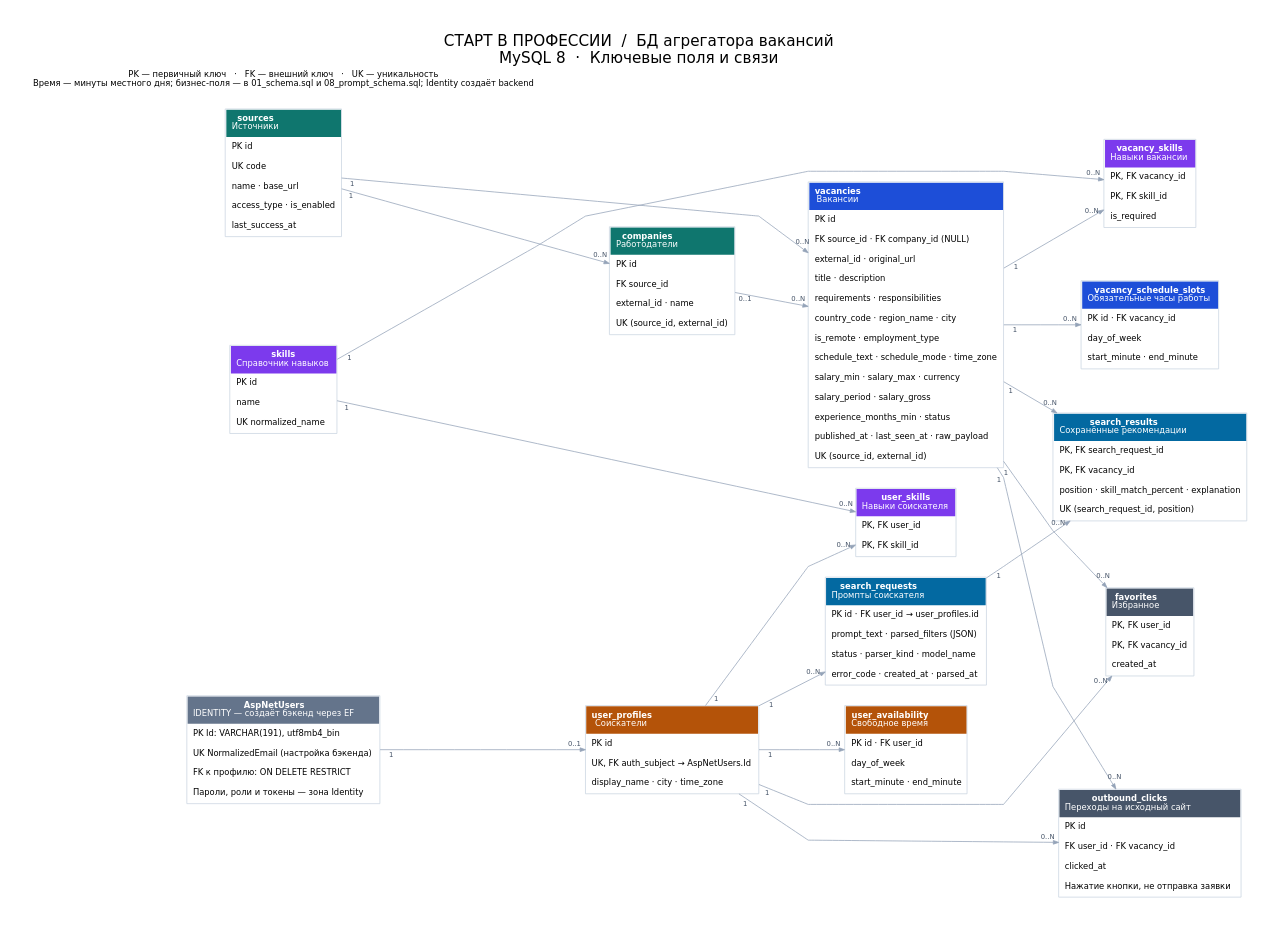
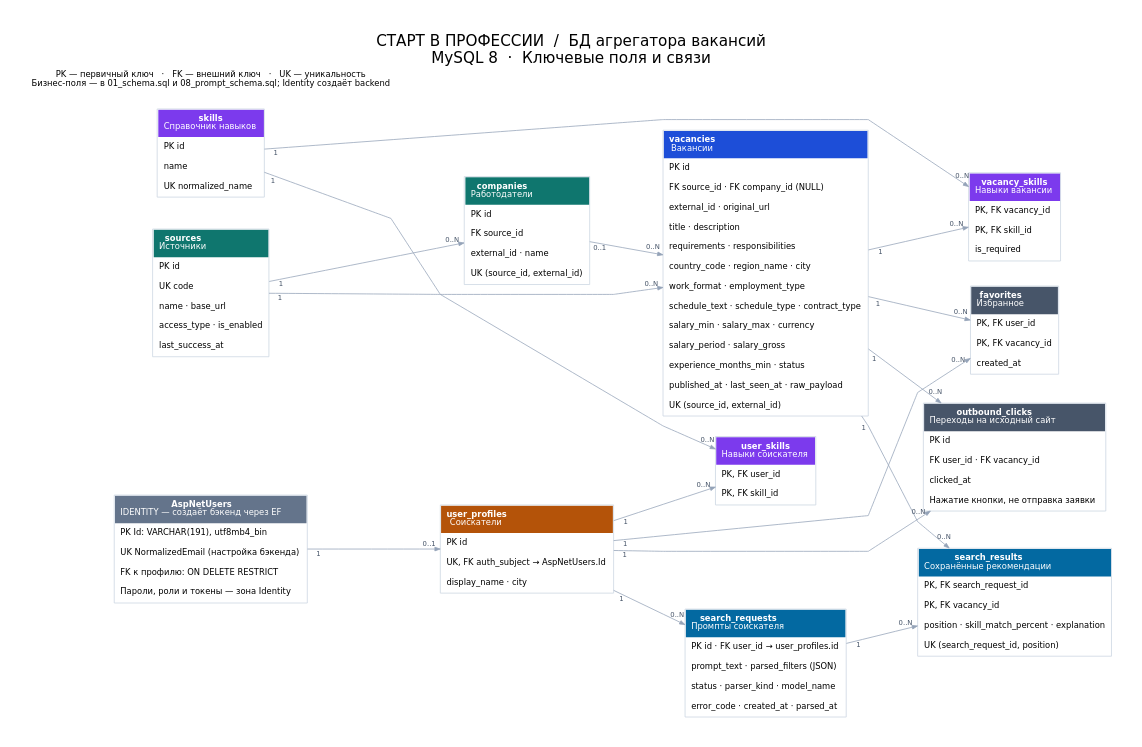
Before and after one commit to manhattanattack/hackaton-sql-scheme: the diagram in diagram.dot, drawn with Graphviz. The commit also changed 19 other files, not shown here.

```diff
--- a/diagram.dot
+++ b/diagram.dot
@@ -1,42 +1,38 @@
 digraph ER {
 graph [rankdir=LR, bgcolor="white", pad="0.45", nodesep="0.38", ranksep="0.9", splines=polyline,
 fontname="DejaVu Sans", fontsize=20, labelloc=t, label="СТАРТ В ПРОФЕССИИ  /  БД агрегатора вакансий\nMySQL 8  ·  Ключевые поля и связи"];
 node [shape=plain, fontname="DejaVu Sans", fontsize=11];
 edge [color="#94a3b8", arrowsize=0.7, fontname="DejaVu Sans", fontsize=9, fontcolor="#475569"];
 sources [label=<<TABLE BORDER="1" COLOR="#cbd5e1" CELLBORDER="0" CELLSPACING="0" CELLPADDING="7"><TR><TD BGCOLOR="#0f766e" ALIGN="LEFT"><FONT COLOR="white"><B>sources</B><BR/>Источники</FONT></TD></TR><TR><TD ALIGN="LEFT">PK id</TD></TR><TR><TD ALIGN="LEFT">UK code</TD></TR><TR><TD ALIGN="LEFT">name · base_url</TD></TR><TR><TD ALIGN="LEFT">access_type · is_enabled</TD></TR><TR><TD ALIGN="LEFT">last_success_at</TD></TR></TABLE>>];
 companies [label=<<TABLE BORDER="1" COLOR="#cbd5e1" CELLBORDER="0" CELLSPACING="0" CELLPADDING="7"><TR><TD BGCOLOR="#0f766e" ALIGN="LEFT"><FONT COLOR="white"><B>companies</B><BR/>Работодатели</FONT></TD></TR><TR><TD ALIGN="LEFT">PK id</TD></TR><TR><TD ALIGN="LEFT">FK source_id</TD></TR><TR><TD ALIGN="LEFT">external_id · name</TD></TR><TR><TD ALIGN="LEFT">UK (source_id, external_id)</TD></TR></TABLE>>];
-vacancies [label=<<TABLE BORDER="1" COLOR="#cbd5e1" CELLBORDER="0" CELLSPACING="0" CELLPADDING="7"><TR><TD BGCOLOR="#1d4ed8" ALIGN="LEFT"><FONT COLOR="white"><B>vacancies</B><BR/>Вакансии</FONT></TD></TR><TR><TD ALIGN="LEFT">PK id</TD></TR><TR><TD ALIGN="LEFT">FK source_id · FK company_id (NULL)</TD></TR><TR><TD ALIGN="LEFT">external_id · original_url</TD></TR><TR><TD ALIGN="LEFT">title · description</TD></TR><TR><TD ALIGN="LEFT">requirements · responsibilities</TD></TR><TR><TD ALIGN="LEFT">country_code · region_name · city</TD></TR><TR><TD ALIGN="LEFT">is_remote · employment_type</TD></TR><TR><TD ALIGN="LEFT">schedule_text · schedule_mode · time_zone</TD></TR><TR><TD ALIGN="LEFT">salary_min · salary_max · currency</TD></TR><TR><TD ALIGN="LEFT">salary_period · salary_gross</TD></TR><TR><TD ALIGN="LEFT">experience_months_min · status</TD></TR><TR><TD ALIGN="LEFT">published_at · last_seen_at · raw_payload</TD></TR><TR><TD ALIGN="LEFT">UK (source_id, external_id)</TD></TR></TABLE>>];
-vacancy_schedule_slots [label=<<TABLE BORDER="1" COLOR="#cbd5e1" CELLBORDER="0" CELLSPACING="0" CELLPADDING="7"><TR><TD BGCOLOR="#1d4ed8" ALIGN="LEFT"><FONT COLOR="white"><B>vacancy_schedule_slots</B><BR/>Обязательные часы работы</FONT></TD></TR><TR><TD ALIGN="LEFT">PK id · FK vacancy_id</TD></TR><TR><TD ALIGN="LEFT">day_of_week</TD></TR><TR><TD ALIGN="LEFT">start_minute · end_minute</TD></TR></TABLE>>];
+vacancies [label=<<TABLE BORDER="1" COLOR="#cbd5e1" CELLBORDER="0" CELLSPACING="0" CELLPADDING="7"><TR><TD BGCOLOR="#1d4ed8" ALIGN="LEFT"><FONT COLOR="white"><B>vacancies</B><BR/>Вакансии</FONT></TD></TR><TR><TD ALIGN="LEFT">PK id</TD></TR><TR><TD ALIGN="LEFT">FK source_id · FK company_id (NULL)</TD></TR><TR><TD ALIGN="LEFT">external_id · original_url</TD></TR><TR><TD ALIGN="LEFT">title · description</TD></TR><TR><TD ALIGN="LEFT">requirements · responsibilities</TD></TR><TR><TD ALIGN="LEFT">country_code · region_name · city</TD></TR><TR><TD ALIGN="LEFT">work_format · employment_type</TD></TR><TR><TD ALIGN="LEFT">schedule_text · schedule_type · contract_type</TD></TR><TR><TD ALIGN="LEFT">salary_min · salary_max · currency</TD></TR><TR><TD ALIGN="LEFT">salary_period · salary_gross</TD></TR><TR><TD ALIGN="LEFT">experience_months_min · status</TD></TR><TR><TD ALIGN="LEFT">published_at · last_seen_at · raw_payload</TD></TR><TR><TD ALIGN="LEFT">UK (source_id, external_id)</TD></TR></TABLE>>];
 vacancy_skills [label=<<TABLE BORDER="1" COLOR="#cbd5e1" CELLBORDER="0" CELLSPACING="0" CELLPADDING="7"><TR><TD BGCOLOR="#7c3aed" ALIGN="LEFT"><FONT COLOR="white"><B>vacancy_skills</B><BR/>Навыки вакансии</FONT></TD></TR><TR><TD ALIGN="LEFT">PK, FK vacancy_id</TD></TR><TR><TD ALIGN="LEFT">PK, FK skill_id</TD></TR><TR><TD ALIGN="LEFT">is_required</TD></TR></TABLE>>];
 skills [label=<<TABLE BORDER="1" COLOR="#cbd5e1" CELLBORDER="0" CELLSPACING="0" CELLPADDING="7"><TR><TD BGCOLOR="#7c3aed" ALIGN="LEFT"><FONT COLOR="white"><B>skills</B><BR/>Справочник навыков</FONT></TD></TR><TR><TD ALIGN="LEFT">PK id</TD></TR><TR><TD ALIGN="LEFT">name</TD></TR><TR><TD ALIGN="LEFT">UK normalized_name</TD></TR></TABLE>>];
 user_skills [label=<<TABLE BORDER="1" COLOR="#cbd5e1" CELLBORDER="0" CELLSPACING="0" CELLPADDING="7"><TR><TD BGCOLOR="#7c3aed" ALIGN="LEFT"><FONT COLOR="white"><B>user_skills</B><BR/>Навыки соискателя</FONT></TD></TR><TR><TD ALIGN="LEFT">PK, FK user_id</TD></TR><TR><TD ALIGN="LEFT">PK, FK skill_id</TD></TR></TABLE>>];
-user_profiles [label=<<TABLE BORDER="1" COLOR="#cbd5e1" CELLBORDER="0" CELLSPACING="0" CELLPADDING="7"><TR><TD BGCOLOR="#b45309" ALIGN="LEFT"><FONT COLOR="white"><B>user_profiles</B><BR/>Соискатели</FONT></TD></TR><TR><TD ALIGN="LEFT">PK id</TD></TR><TR><TD ALIGN="LEFT">UK, FK auth_subject → AspNetUsers.Id</TD></TR><TR><TD ALIGN="LEFT">display_name · city · time_zone</TD></TR></TABLE>>];
+user_profiles [label=<<TABLE BORDER="1" COLOR="#cbd5e1" CELLBORDER="0" CELLSPACING="0" CELLPADDING="7"><TR><TD BGCOLOR="#b45309" ALIGN="LEFT"><FONT COLOR="white"><B>user_profiles</B><BR/>Соискатели</FONT></TD></TR><TR><TD ALIGN="LEFT">PK id</TD></TR><TR><TD ALIGN="LEFT">UK, FK auth_subject → AspNetUsers.Id</TD></TR><TR><TD ALIGN="LEFT">display_name · city</TD></TR></TABLE>>];
 AspNetUsers [label=<<TABLE BORDER="1" COLOR="#cbd5e1" CELLBORDER="0" CELLSPACING="0" CELLPADDING="7"><TR><TD BGCOLOR="#64748b" ALIGN="LEFT"><FONT COLOR="white"><B>AspNetUsers</B><BR/>IDENTITY — создаёт бэкенд через EF</FONT></TD></TR><TR><TD ALIGN="LEFT">PK Id: VARCHAR(191), utf8mb4_bin</TD></TR><TR><TD ALIGN="LEFT">UK NormalizedEmail (настройка бэкенда)</TD></TR><TR><TD ALIGN="LEFT">FK к профилю: ON DELETE RESTRICT</TD></TR><TR><TD ALIGN="LEFT">Пароли, роли и токены — зона Identity</TD></TR></TABLE>>];
-user_availability [label=<<TABLE BORDER="1" COLOR="#cbd5e1" CELLBORDER="0" CELLSPACING="0" CELLPADDING="7"><TR><TD BGCOLOR="#b45309" ALIGN="LEFT"><FONT COLOR="white"><B>user_availability</B><BR/>Свободное время</FONT></TD></TR><TR><TD ALIGN="LEFT">PK id · FK user_id</TD></TR><TR><TD ALIGN="LEFT">day_of_week</TD></TR><TR><TD ALIGN="LEFT">start_minute · end_minute</TD></TR></TABLE>>];
 favorites [label=<<TABLE BORDER="1" COLOR="#cbd5e1" CELLBORDER="0" CELLSPACING="0" CELLPADDING="7"><TR><TD BGCOLOR="#475569" ALIGN="LEFT"><FONT COLOR="white"><B>favorites</B><BR/>Избранное</FONT></TD></TR><TR><TD ALIGN="LEFT">PK, FK user_id</TD></TR><TR><TD ALIGN="LEFT">PK, FK vacancy_id</TD></TR><TR><TD ALIGN="LEFT">created_at</TD></TR></TABLE>>];
 outbound_clicks [label=<<TABLE BORDER="1" COLOR="#cbd5e1" CELLBORDER="0" CELLSPACING="0" CELLPADDING="7"><TR><TD BGCOLOR="#475569" ALIGN="LEFT"><FONT COLOR="white"><B>outbound_clicks</B><BR/>Переходы на исходный сайт</FONT></TD></TR><TR><TD ALIGN="LEFT">PK id</TD></TR><TR><TD ALIGN="LEFT">FK user_id · FK vacancy_id</TD></TR><TR><TD ALIGN="LEFT">clicked_at</TD></TR><TR><TD ALIGN="LEFT">Нажатие кнопки, не отправка заявки</TD></TR></TABLE>>];
 search_requests [label=<<TABLE BORDER="1" COLOR="#cbd5e1" CELLBORDER="0" CELLSPACING="0" CELLPADDING="7"><TR><TD BGCOLOR="#0369a1" ALIGN="LEFT"><FONT COLOR="white"><B>search_requests</B><BR/>Промпты соискателя</FONT></TD></TR><TR><TD ALIGN="LEFT">PK id · FK user_id → user_profiles.id</TD></TR><TR><TD ALIGN="LEFT">prompt_text · parsed_filters (JSON)</TD></TR><TR><TD ALIGN="LEFT">status · parser_kind · model_name</TD></TR><TR><TD ALIGN="LEFT">error_code · created_at · parsed_at</TD></TR></TABLE>>];
 search_results [label=<<TABLE BORDER="1" COLOR="#cbd5e1" CELLBORDER="0" CELLSPACING="0" CELLPADDING="7"><TR><TD BGCOLOR="#0369a1" ALIGN="LEFT"><FONT COLOR="white"><B>search_results</B><BR/>Сохранённые рекомендации</FONT></TD></TR><TR><TD ALIGN="LEFT">PK, FK search_request_id</TD></TR><TR><TD ALIGN="LEFT">PK, FK vacancy_id</TD></TR><TR><TD ALIGN="LEFT">position · skill_match_percent · explanation</TD></TR><TR><TD ALIGN="LEFT">UK (search_request_id, position)</TD></TR></TABLE>>];
 AspNetUsers -> user_profiles [taillabel="1", headlabel="0..1", labeldistance=1.6];
 sources -> companies [taillabel="1", headlabel="0..N", labeldistance=1.6];
 sources -> vacancies [taillabel="1", headlabel="0..N", labeldistance=1.6];
 companies -> vacancies [taillabel="0..1", headlabel="0..N", labeldistance=1.6];
-vacancies -> vacancy_schedule_slots [taillabel="1", headlabel="0..N", labeldistance=1.6];
 vacancies -> vacancy_skills [taillabel="1", headlabel="0..N", labeldistance=1.6];
 skills -> vacancy_skills [taillabel="1", headlabel="0..N", labeldistance=1.6];
 skills -> user_skills [taillabel="1", headlabel="0..N", labeldistance=1.6];
 user_profiles -> user_skills [taillabel="1", headlabel="0..N", labeldistance=1.6];
-user_profiles -> user_availability [taillabel="1", headlabel="0..N", labeldistance=1.6];
 user_profiles -> favorites [taillabel="1", headlabel="0..N", labeldistance=1.6];
 vacancies -> favorites [taillabel="1", headlabel="0..N", labeldistance=1.6];
 user_profiles -> outbound_clicks [taillabel="1", headlabel="0..N", labeldistance=1.6];
 vacancies -> outbound_clicks [taillabel="1", headlabel="0..N", labeldistance=1.6];
 user_profiles -> search_requests [taillabel="1", headlabel="0..N", labeldistance=1.6];
 search_requests -> search_results [taillabel="1", headlabel="0..N", labeldistance=1.6];
 vacancies -> search_results [taillabel="1", headlabel="0..N", labeldistance=1.6];
 {rank=same; AspNetUsers; sources; skills;}
 {rank=same; companies; user_profiles;}
-{rank=same; vacancies; user_skills; user_availability; search_requests;}
-{rank=same; vacancy_skills; vacancy_schedule_slots; favorites; outbound_clicks; search_results;}
-legend [shape=plain, label="PK — первичный ключ   ·   FK — внешний ключ   ·   UK — уникальность\nВремя — минуты местного дня; бизнес-поля — в 01_schema.sql и 08_prompt_schema.sql; Identity создаёт backend"];
+{rank=same; vacancies; user_skills; search_requests;}
+{rank=same; vacancy_skills; favorites; outbound_clicks; search_results;}
+legend [shape=plain, label="PK — первичный ключ   ·   FK — внешний ключ   ·   UK — уникальность\nБизнес-поля — в 01_schema.sql и 08_prompt_schema.sql; Identity создаёт backend"];
 }
```
